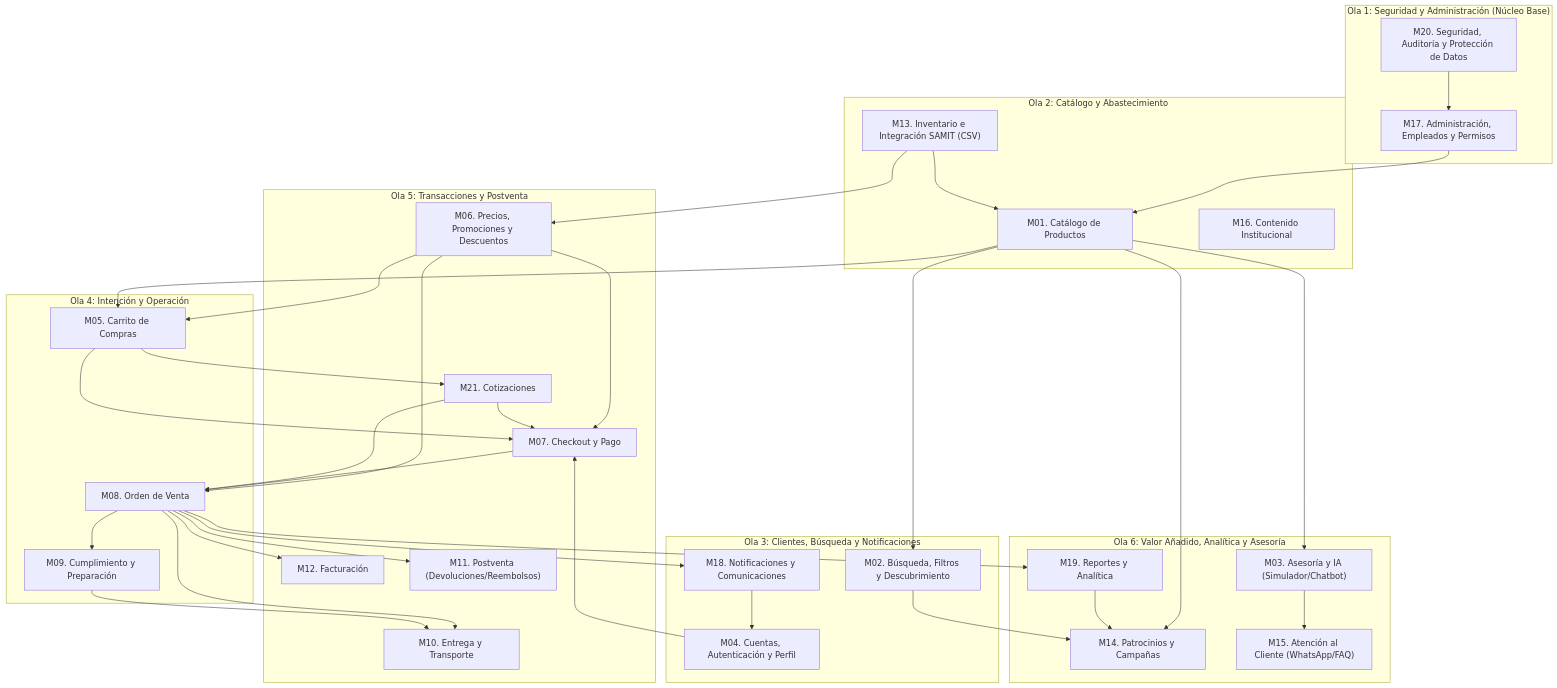
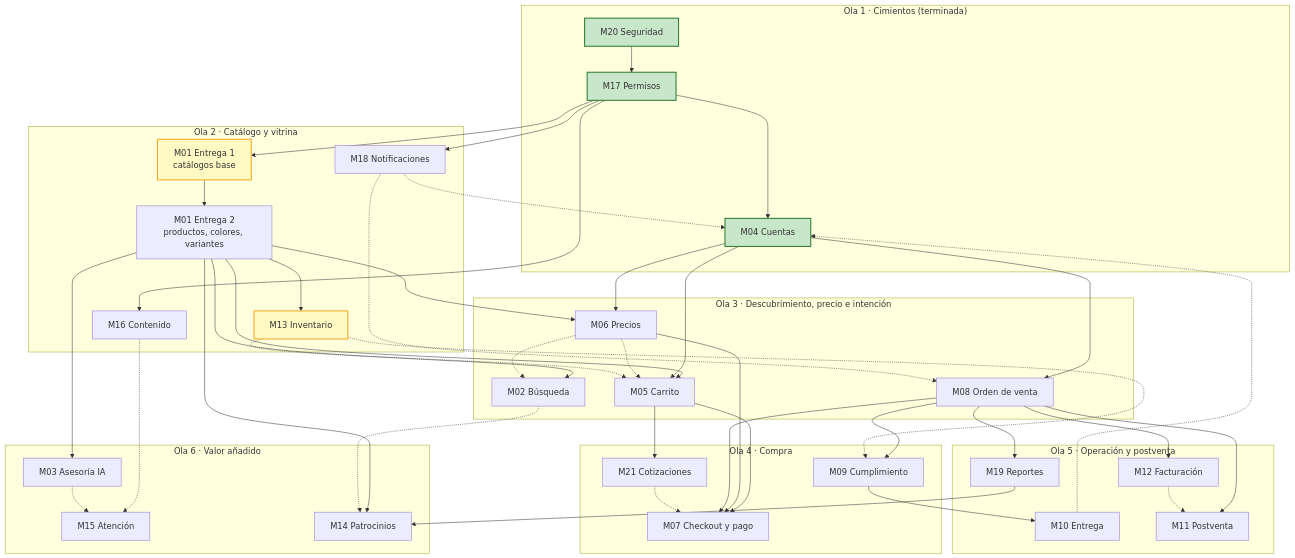
One commit to pintuclic/pintuclic.com changed the diagram in docs/00_SISTEMA/01_ARQUITECTURA/RUTA_DEL_PROYECTO.md. Above: the diagram before and after it, drawn with Mermaid. The commit also changed other lines of this file, not shown here.

First line of the commit message:
docs(arquitectura): reordenar la ruta del proyecto separando dependencias de construccion y de puerto

````diff
--- a/docs/00_SISTEMA/01_ARQUITECTURA/RUTA_DEL_PROYECTO.md
+++ b/docs/00_SISTEMA/01_ARQUITECTURA/RUTA_DEL_PROYECTO.md
@@ -43,93 +41,89 @@
 ```mermaid
 graph TD
-    %% Estilos por Dominio
-    classDef adm fill:#f9f,stroke:#333,stroke-width:2px;
-    classDef cat fill:#bbf,stroke:#333,stroke-width:2px;
-    classDef cli fill:#bfb,stroke:#333,stroke-width:2px;
-    classDef ven fill:#ff9,stroke:#333,stroke-width:2px;
-    classDef ope fill:#fbb,stroke:#333,stroke-width:2px;
+    classDef hecho fill:#c8e6c9,stroke:#2e7d32,stroke-width:2px;
+    classDef curso fill:#fff9c4,stroke:#f9a825,stroke-width:2px;
 
-    %% OLA 1: Administración y Seguridad (Cimientos)
-    subgraph Ola1 ["Ola 1: Seguridad y Administración (Núcleo Base)"]
-        M20["M20. Seguridad, Auditoría y Protección de Datos"]
-        M17["M17. Administración, Empleados y Permisos"]
+    subgraph Ola1 ["Ola 1 · Cimientos (terminada)"]
+        M20["M20 Seguridad"]
+        M17["M17 Permisos"]
+        M04["M04 Cuentas"]
     end
 
-    %% OLA 2: Abastecimiento y Catálogo Base
-    subgraph Ola2 ["Ola 2: Catálogo y Abastecimiento"]
-        M13["M13. Inventario e Integración SAMIT (CSV)"]
-        M01["M01. Catálogo de Productos"]
-        M16["M16. Contenido Institucional"]
+    subgraph Ola2 ["Ola 2 · Catálogo y vitrina"]
+        M01A["M01 Entrega 1<br/>catálogos base"]
+        M01B["M01 Entrega 2<br/>productos, colores, variantes"]
+        M13["M13 Inventario"]
+        M16["M16 Contenido"]
+        M18["M18 Notificaciones"]
     end
 
-    %% OLA 3: Descubrimiento, Cuentas y Notificaciones
-    subgraph Ola3 ["Ola 3: Clientes, Búsqueda y Notificaciones"]
-        M04["M04. Cuentas, Autenticación y Perfil"]
-        M18["M18. Notificaciones y Comunicaciones"]
-        M02["M02. Búsqueda, Filtros y Descubrimiento"]
+    subgraph Ola3 ["Ola 3 · Descubrimiento, precio e intención"]
+        M02["M02 Búsqueda"]
+        M06["M06 Precios"]
+        M05["M05 Carrito"]
+        M08["M08 Orden de venta"]
     end
 
-    %% OLA 4: Intención de Compra y Operación Inicial
-    subgraph Ola4 ["Ola 4: Intención y Operación"]
-        M05["M05. Carrito de Compras"]
-        M08["M08. Orden de Venta"]
-        M09["M09. Cumplimiento y Preparación"]
+    subgraph Ola4 ["Ola 4 · Compra"]
+        M21["M21 Cotizaciones"]
+        M07["M07 Checkout y pago"]
+        M09["M09 Cumplimiento"]
     end
 
-    %% OLA 5: Núcleo Transaccional y Postventa
-    subgraph Ola5 ["Ola 5: Transacciones y Postventa"]
-        M06["M06. Precios, Promociones y Descuentos"]
-        M07["M07. Checkout y Pago"]
-        M21["M21. Cotizaciones"]
-        M10["M10. Entrega y Transporte"]
-        M12["M12. Facturación"]
-        M11["M11. Postventa (Devoluciones/Reembolsos)"]
+    subgraph Ola5 ["Ola 5 · Operación y postventa"]
+        M10["M10 Entrega"]
+        M12["M12 Facturación"]
+        M11["M11 Postventa"]
+        M19["M19 Reportes"]
     end
 
-    %% OLA 6: Valor Añadido y Analítica
-    subgraph Ola6 ["Ola 6: Valor Añadido, Analítica y Asesoría"]
-        M03["M03. Asesoría y IA (Simulador/Chatbot)"]
-        M14["M14. Patrocinios y Campañas"]
-        M15["M15. Atención al Cliente (WhatsApp/FAQ)"]
-        M19["M19. Reportes y Analítica"]
+    subgraph Ola6 ["Ola 6 · Valor añadido"]
+        M03["M03 Asesoría IA"]
+        M15["M15 Atención"]
+        M14["M14 Patrocinios"]
     end
 
-    %% Conexiones Principales (Dependencias)
+    %% Construcción (bloquea)
     M20 --> M17
-    M17 --> M01
-    
-    M13 --> M01
-    M13 --> M06
-    
-    M01 --> M02
-    M01 --> M05
-    M01 --> M14
-    
-    M18 --> M04
-    M04 --> M07
-    
-    M02 --> M14
-    
+    M17 --> M04
+    M17 --> M01A
+    M17 --> M16
+    M17 --> M18
+    M01A --> M01B
+    M01B --> M13
+    M01B --> M02
+    M01B --> M06
+    M01B --> M05
+    M04 --> M06
+    M04 --> M05
+    M04 --> M08
+    M05 --> M21
     M05 --> M07
-    M05 --> M21
-    M06 --> M05
     M06 --> M07
-    M06 --> M08
-    
-    M07 --> M08
+    M08 --> M07
     M08 --> M09
-    M08 --> M10
+    M09 --> M10
+    M08 --> M12
     M08 --> M11
-    M08 --> M12
-    M08 --> M18
     M08 --> M19
-    
-    M09 --> M10
-    
-    M21 --> M07
-    M21 --> M08
-    
-    M01 --> M03
-    M03 --> M15
+    M01B --> M03
     M19 --> M14
+    M01B --> M14
+
+    %% Puerto (no bloquea: se construye con adaptador en memoria)
+    M18 -.-> M04
+    M06 -.-> M02
+    M06 -.-> M05
+    M13 -.-> M05
+    M13 -.-> M09
+    M21 -.-> M07
+    M18 -.-> M08
+    M12 -.-> M11
+    M10 -.-> M04
+    M16 -.-> M15
+    M03 -.-> M15
+    M02 -.-> M14
+
+    class M20,M17,M04 hecho;
+    class M01A,M13 curso;
 ```
````
